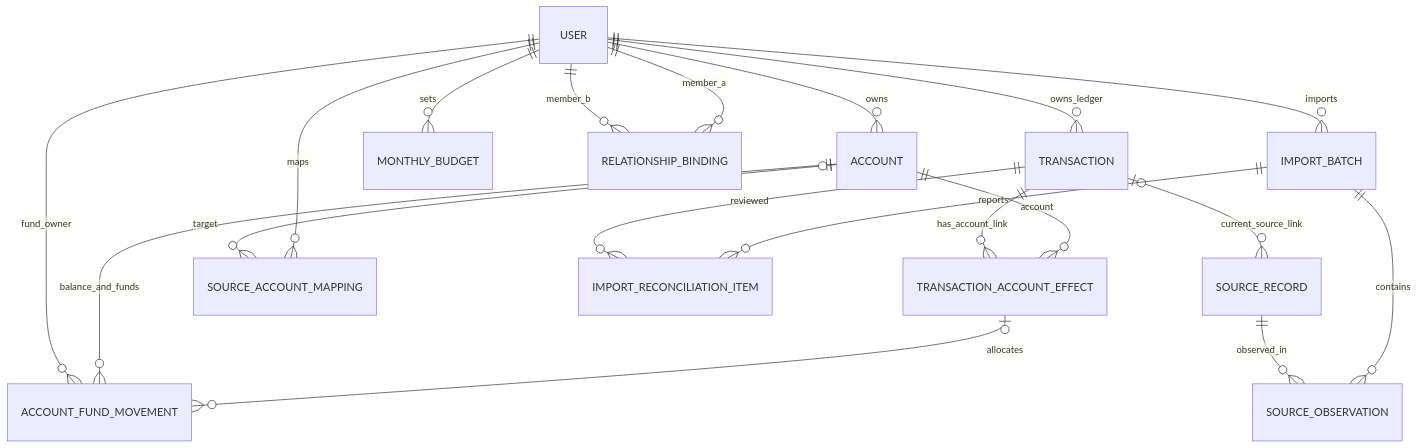
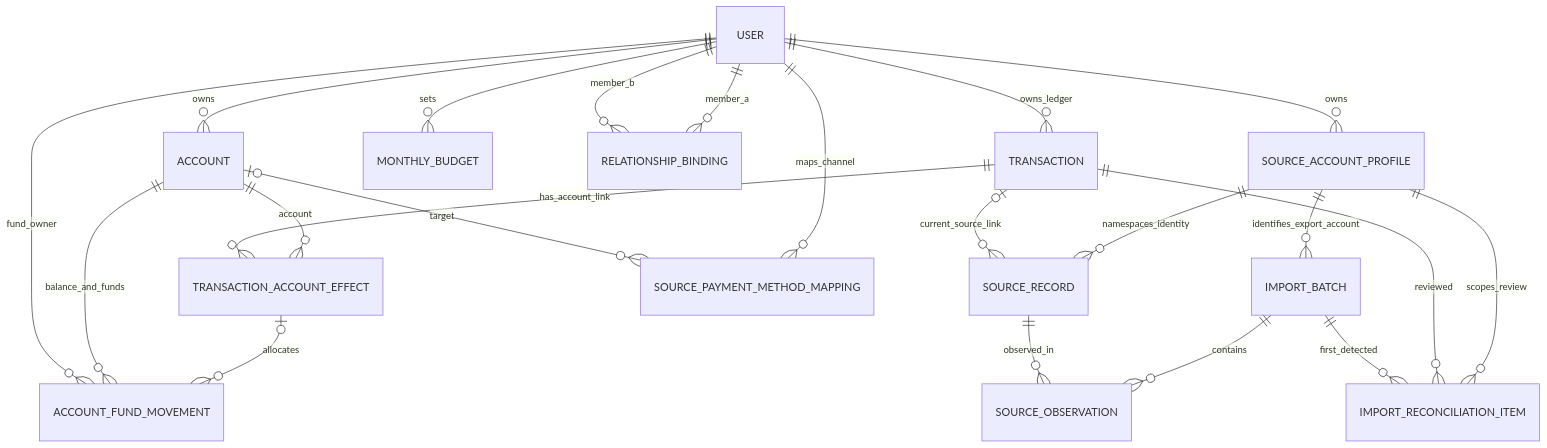
Before and after one commit to AsteriaAnna/ledger-final: the diagram in docs/LOGICAL_DATA_MODEL.md, drawn with Mermaid. The commit also changed other lines of this file, not shown here.

Commit message:
docs: model source account identity and reconciliation lifecycle v0.4

```diff
--- a/docs/LOGICAL_DATA_MODEL.md
+++ b/docs/LOGICAL_DATA_MODEL.md
@@ -39,21 +38,24 @@
 ~~~mermaid
 erDiagram
     USER ||--o{ ACCOUNT : owns
     USER ||--o{ TRANSACTION : owns_ledger
     USER ||--o{ MONTHLY_BUDGET : sets
     USER ||--o{ RELATIONSHIP_BINDING : member_a
     USER ||--o{ RELATIONSHIP_BINDING : member_b
     ACCOUNT ||--o{ TRANSACTION_ACCOUNT_EFFECT : account
     TRANSACTION ||--o{ TRANSACTION_ACCOUNT_EFFECT : has_account_link
     TRANSACTION_ACCOUNT_EFFECT o|--o{ ACCOUNT_FUND_MOVEMENT : allocates
     ACCOUNT ||--o{ ACCOUNT_FUND_MOVEMENT : balance_and_funds
     USER ||--o{ ACCOUNT_FUND_MOVEMENT : fund_owner
-    USER ||--o{ IMPORT_BATCH : imports
+    USER ||--o{ SOURCE_ACCOUNT_PROFILE : owns
+    SOURCE_ACCOUNT_PROFILE ||--o{ IMPORT_BATCH : identifies_export_account
     IMPORT_BATCH ||--o{ SOURCE_OBSERVATION : contains
     SOURCE_RECORD ||--o{ SOURCE_OBSERVATION : observed_in
+    SOURCE_ACCOUNT_PROFILE ||--o{ SOURCE_RECORD : namespaces_identity
     TRANSACTION o|--o{ SOURCE_RECORD : current_source_link
-    USER ||--o{ SOURCE_ACCOUNT_MAPPING : maps
-    ACCOUNT o|--o{ SOURCE_ACCOUNT_MAPPING : target
-    IMPORT_BATCH ||--o{ IMPORT_RECONCILIATION_ITEM : reports
+    USER ||--o{ SOURCE_PAYMENT_METHOD_MAPPING : maps_channel
+    ACCOUNT o|--o{ SOURCE_PAYMENT_METHOD_MAPPING : target
+    SOURCE_ACCOUNT_PROFILE ||--o{ IMPORT_RECONCILIATION_ITEM : scopes_review
     TRANSACTION ||--o{ IMPORT_RECONCILIATION_ITEM : reviewed
+    IMPORT_BATCH ||--o{ IMPORT_RECONCILIATION_ITEM : first_detected
 ~~~
```
